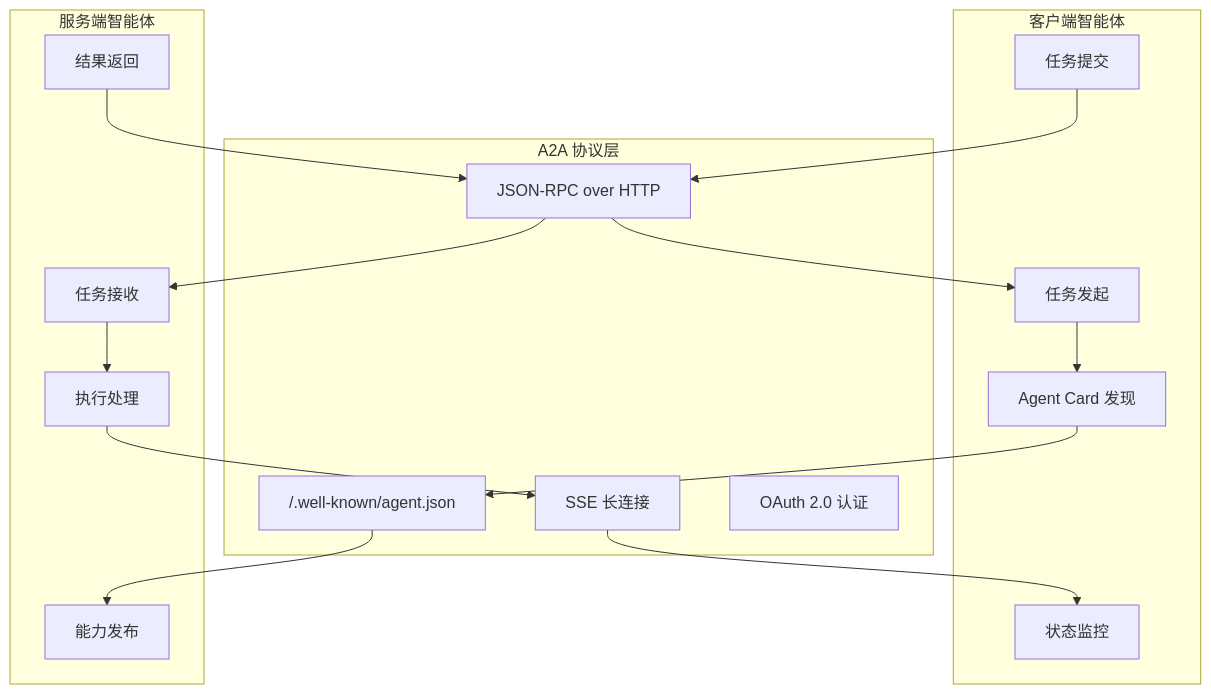
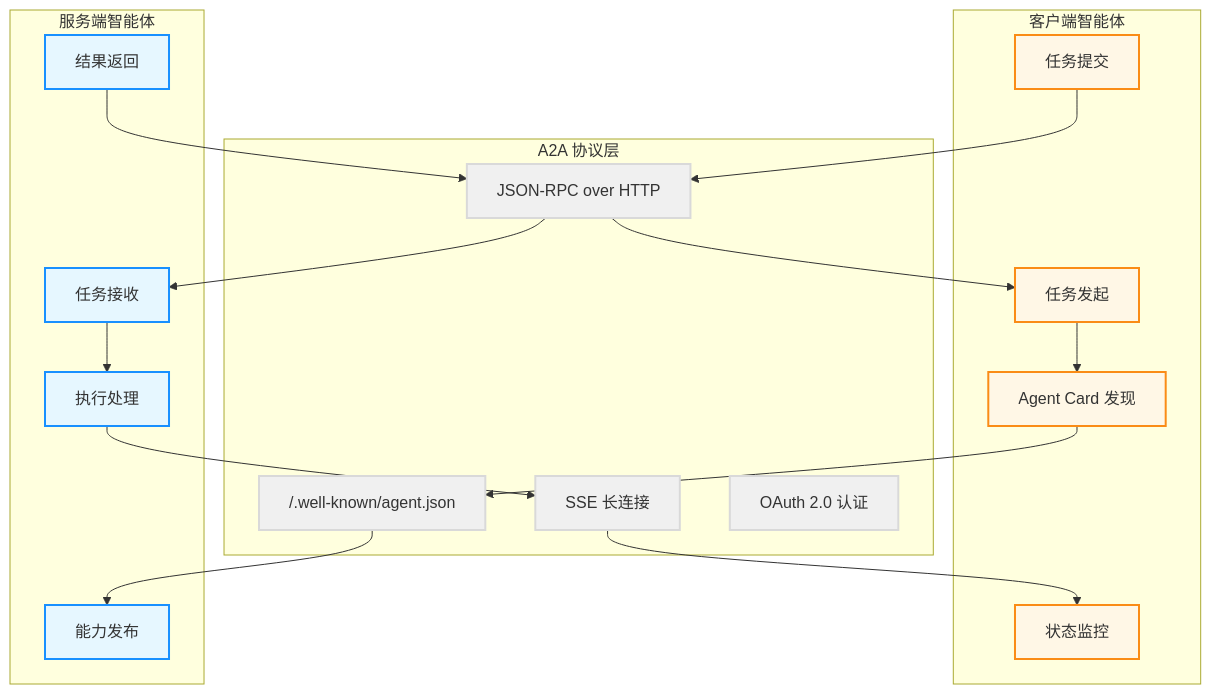
One commit to yeasy/agentic_ai_guide changed the second of 4 diagrams in 06_communication/6.5_a2a.md. Above: the diagram before and after it, drawn with Mermaid. The commit also changed other lines of this file and 36 other files, not shown here.

````diff
--- a/06_communication/6.5_a2a.md
+++ b/06_communication/6.5_a2a.md
@@ -92,37 +101,47 @@
 ```mermaid
 flowchart TB
+    %% Agentic Design System
+    classDef user fill:#fff7e6,stroke:#fa8c16,stroke-width:2px;
+    classDef agent fill:#e6f7ff,stroke:#1890ff,stroke-width:2px;
+    classDef tool fill:#f6ffed,stroke:#52c41a,stroke-width:2px;
+    classDef system fill:#f0f0f0,stroke:#d9d9d9,stroke-width:2px;
+
     subgraph Client["客户端智能体"]
         C1[任务发起]
         C2[Agent Card 发现]
         C3[任务提交]
         C4[状态监控]
     end
     
     subgraph Protocol["A2A 协议层"]
         P1["/.well-known/agent.json"]
         P2[JSON-RPC over HTTP]
         P3[SSE 长连接]
         P4[OAuth 2.0 认证]
     end
     
     subgraph Server["服务端智能体"]
         S1[能力发布]
         S2[任务接收]
         S3[执行处理]
         S4[结果返回]
     end
     
     C1 --> C2
     C2 --> P1
     P1 --> S1
     
     C3 --> P2
     P2 --> S2
     S2 --> S3
     
     S3 --> P3
     P3 --> C4
     
     S4 --> P2
     P2 --> C1
+    
+    class C1,C2,C3,C4 user;
+    class P1,P2,P3,P4 system;
+    class S1,S2,S3,S4 agent;
 ```
````
